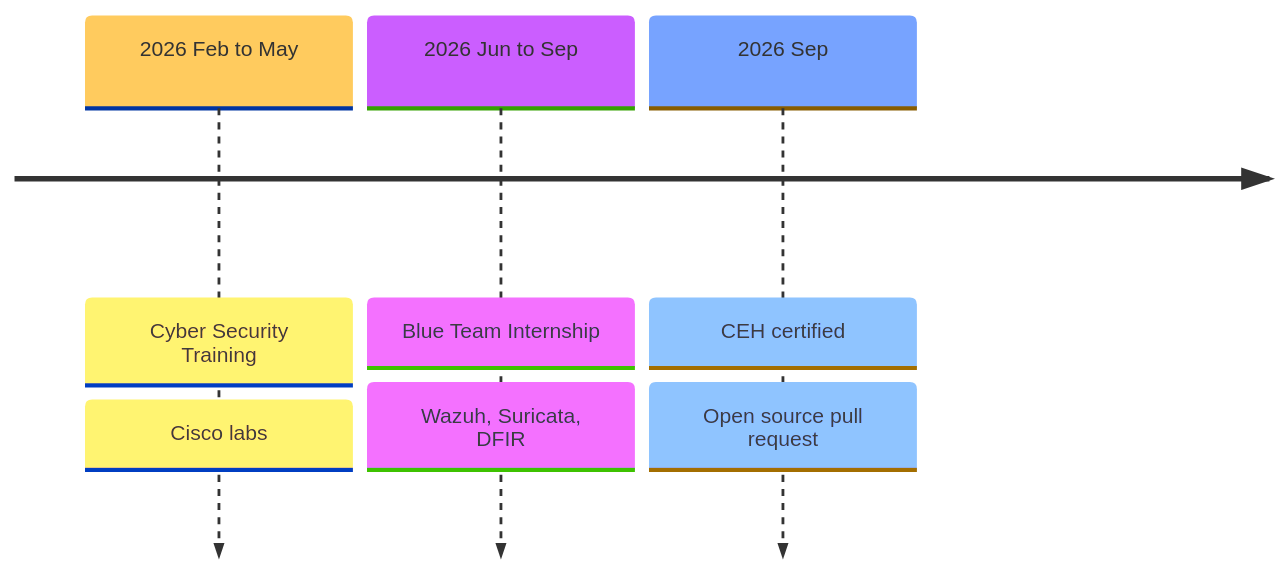
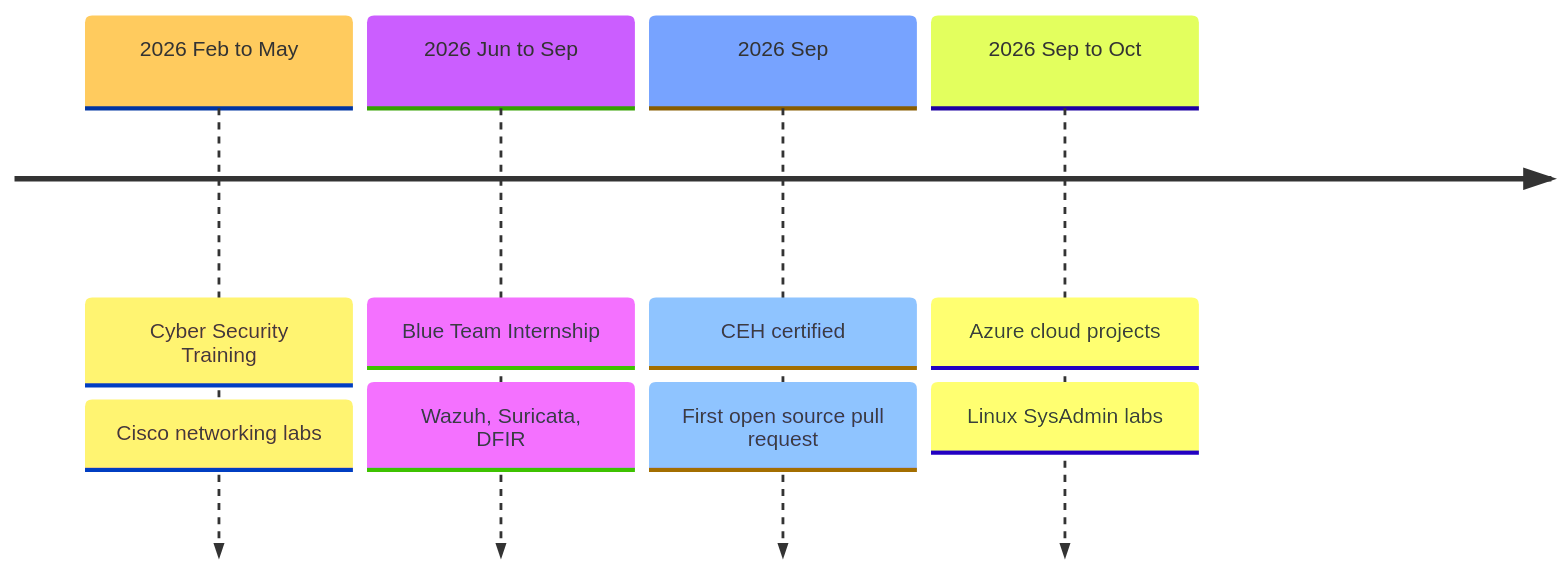
One commit to malaika-azhar/malaika-azhar changed the second of 2 diagrams in README.md. Above: the diagram before and after it, drawn with Mermaid. The commit also changed other lines of this file, not shown here.

````diff
--- a/README.md
+++ b/README.md
@@ -160,7 +201,8 @@
 ```mermaid
 %%{init: {'theme': 'base', 'themeVariables': {'fontSize': '15px'}}}%%
 timeline
-    2026 Feb to May : Cyber Security Training : Cisco labs
+    2026 Feb to May : Cyber Security Training : Cisco networking labs
     2026 Jun to Sep : Blue Team Internship : Wazuh, Suricata, DFIR
-    2026 Sep : CEH certified : Open source pull request
+    2026 Sep : CEH certified : First open source pull request
+    2026 Sep to Oct : Azure cloud projects : Linux SysAdmin labs
 ```
````
